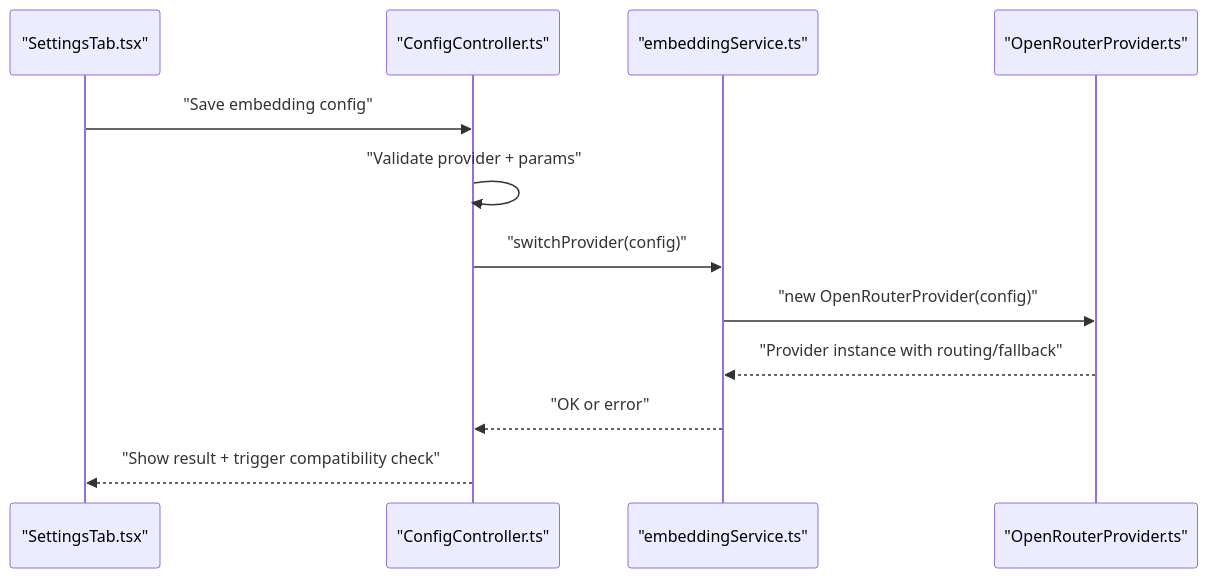
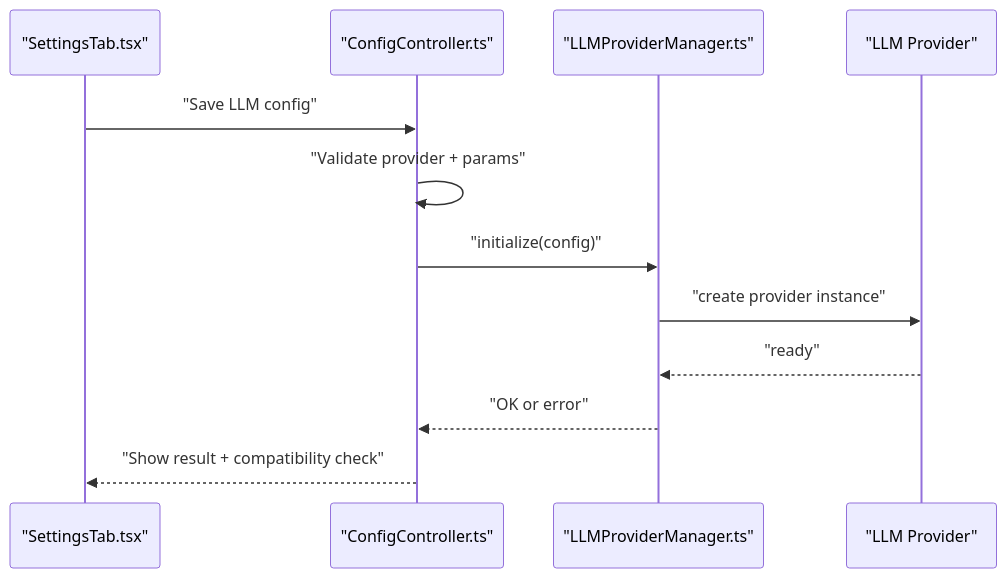
Before and after one commit to bramburn/repomix-runner: the fourth of 7 diagrams in .qoder/repowiki/en/content/Configuration Management/Configuration Management.md, drawn with Mermaid. The commit also changed other lines of this file and 41 other files, not shown here.

````diff
--- a/.qoder/repowiki/en/content/Configuration Management/Configuration Management.md
+++ b/.qoder/repowiki/en/content/Configuration Management/Configuration Management.md
@@ -336,14 +280,14 @@
 ```mermaid
 sequenceDiagram
 participant UI as "SettingsTab.tsx"
 participant Ctrl as "ConfigController.ts"
-participant EmbedSvc as "embeddingService.ts"
-participant OpenRouter as "OpenRouterProvider.ts"
-UI->>Ctrl : "Save embedding config"
+participant LLM as "LLMProviderManager.ts"
+participant Provider as "LLM Provider"
+UI->>Ctrl : "Save LLM config"
 Ctrl->>Ctrl : "Validate provider + params"
-Ctrl->>EmbedSvc : "switchProvider(config)"
-EmbedSvc->>OpenRouter : "new OpenRouterProvider(config)"
-OpenRouter-->>EmbedSvc : "Provider instance with routing/fallback"
-EmbedSvc-->>Ctrl : "OK or error"
-Ctrl-->>UI : "Show result + trigger compatibility check"
+Ctrl->>LLM : "initialize(config)"
+LLM->>Provider : "create provider instance"
+Provider-->>LLM : "ready"
+LLM-->>Ctrl : "OK or error"
+Ctrl-->>UI : "Show result + compatibility check"
 ```
````
